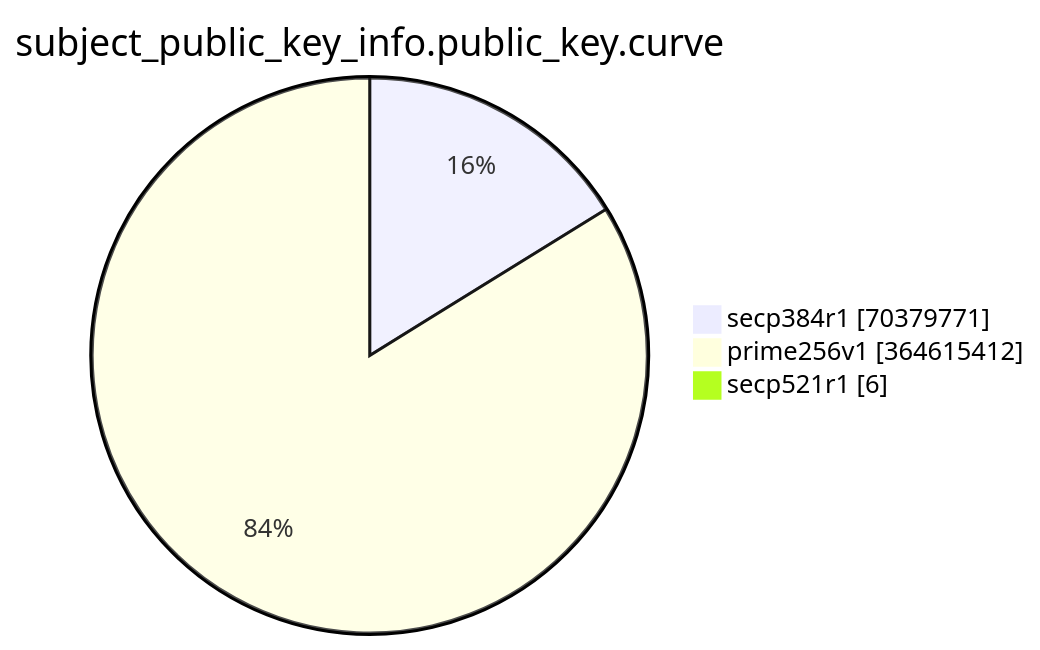
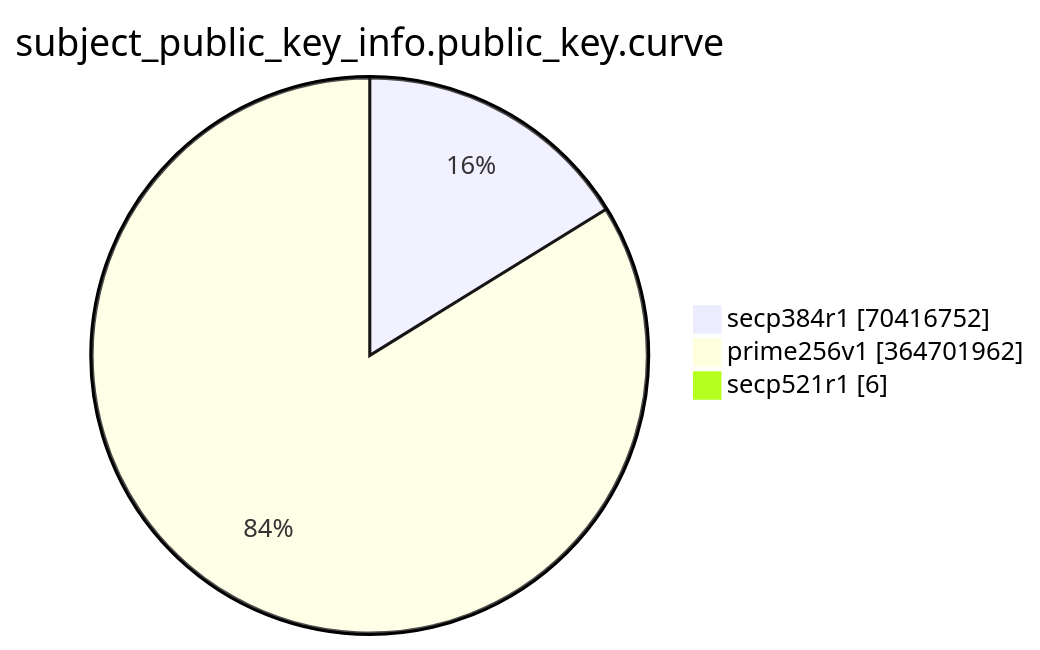
One commit to christiankrug/ctmonitor_visualization changed the eighth of 15 diagrams in TOTAL/README.md. Above: the diagram before and after it, drawn with Mermaid. The commit also changed other lines of this file, not shown here.

````diff
--- a/TOTAL/README.md
+++ b/TOTAL/README.md
@@ -3091,7 +3091,7 @@
 ```mermaid
 pie showData
 title subject_public_key_info.public_key.curve
-"secp384r1" :70379771
-"prime256v1" :364615412
+"secp384r1" :70416752
+"prime256v1" :364701962
 "secp521r1" :6
 ```
````
